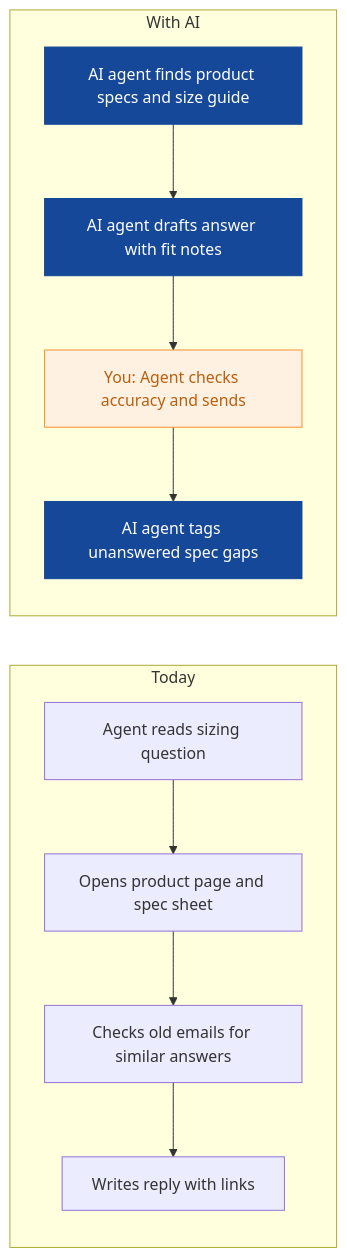
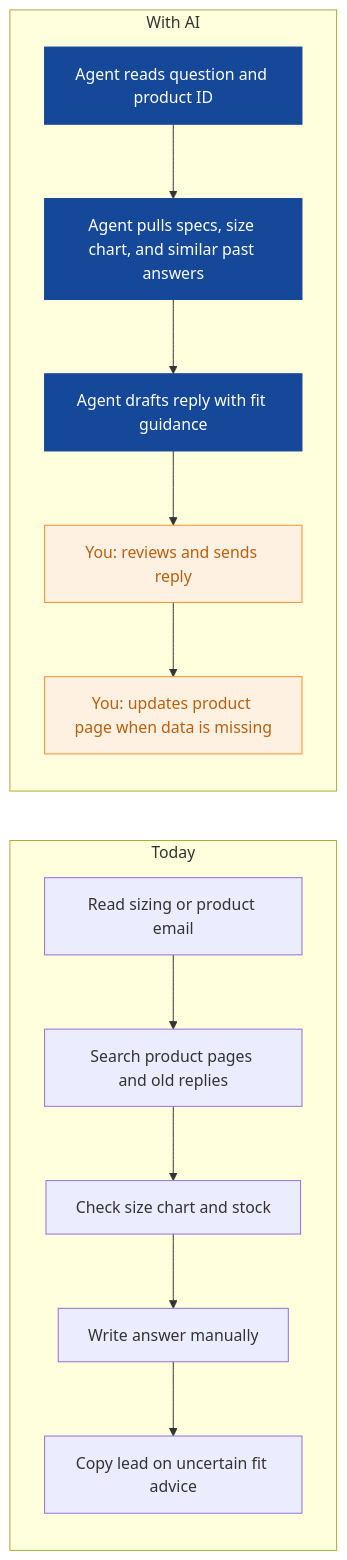
Before and after one commit to nexibeo/Complete-AI-Strategy: the second of 8 diagrams in strategies/tidewell-outdoor.md, drawn with Mermaid. The commit also changed other lines of this file and 26 other files, not shown here.

````diff
--- a/strategies/tidewell-outdoor.md
+++ b/strategies/tidewell-outdoor.md
@@ -106,21 +81,23 @@
 ```mermaid
 flowchart LR
   subgraph Today
-    B0["Agent reads sizing question"]
-    B1["Opens product page and spec sheet"]
-    B2["Checks old emails for similar answers"]
-    B3["Writes reply with links"]
-    B0 --> B1 --> B2 --> B3
+    B0["Read sizing or product email"]
+    B1["Search product pages and old replies"]
+    B2["Check size chart and stock"]
+    B3["Write answer manually"]
+    B4["Copy lead on uncertain fit advice"]
+    B0 --> B1 --> B2 --> B3 --> B4
   end
   subgraph WithAI[With AI]
-    A0["AI agent finds product specs and size guide"]
-    A1["AI agent drafts answer with fit notes"]
-    A2["You: Agent checks accuracy and sends"]
-    A3["AI agent tags unanswered spec gaps"]
-    A0 --> A1 --> A2 --> A3
+    A0["Agent reads question and product ID"]
+    A1["Agent pulls specs, size chart, and similar past answers"]
+    A2["Agent drafts reply with fit guidance"]
+    A3["You: reviews and sends reply"]
+    A4["You: updates product page when data is missing"]
+    A0 --> A1 --> A2 --> A3 --> A4
   end
   classDef ai fill:#154899,color:#fff,stroke:#154899
   classDef human fill:#FFF1E2,color:#B8600F,stroke:#F98F2C
-  class A0,A1,A3 ai
-  class A2 human
+  class A0,A1,A2 ai
+  class A3,A4 human
 ```
````
